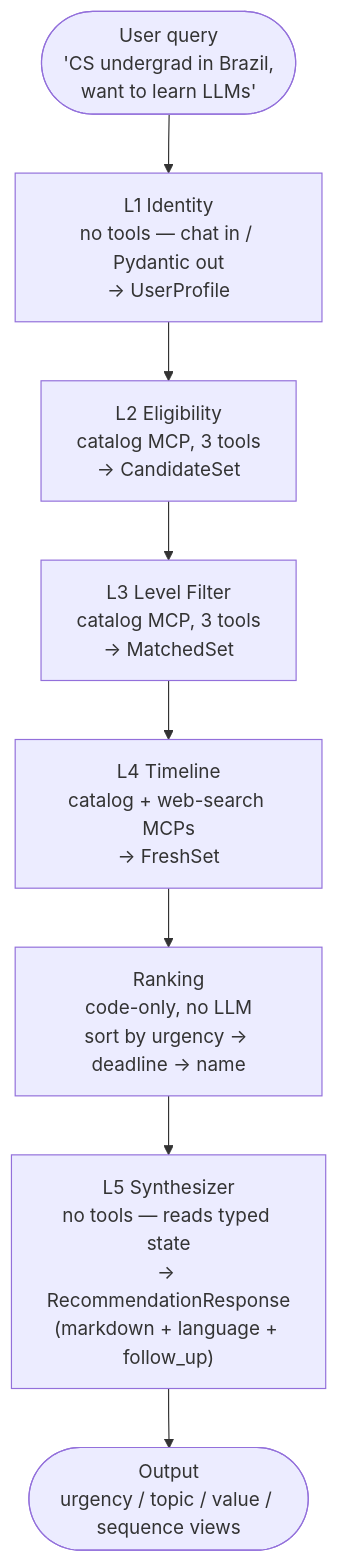
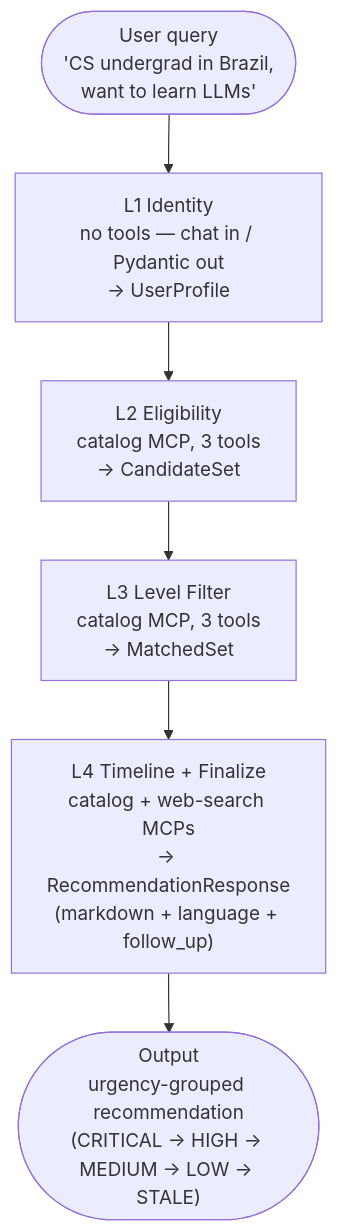
Before and after one commit to kannch8765/lumi: the first of 2 diagrams in ARCHITECTURE.md, drawn with Mermaid. The commit also changed other lines of this file and 17 other files, not shown here.

First line of the commit message:
refactor(pipeline): drop timeline_ranker + L5 Synthesizer, L4 emits RecommendationResponse directly

````diff
--- a/ARCHITECTURE.md
+++ b/ARCHITECTURE.md
@@ -81,13 +63,11 @@
 ```mermaid
 flowchart TD
     User(["User query<br/>'CS undergrad in Brazil,<br/>want to learn LLMs'"])
     L1["L1 Identity<br/>no tools — chat in / Pydantic out<br/>→ UserProfile"]
     L2["L2 Eligibility<br/>catalog MCP, 3 tools<br/>→ CandidateSet"]
     L3["L3 Level Filter<br/>catalog MCP, 3 tools<br/>→ MatchedSet"]
-    L4["L4 Timeline<br/>catalog + web-search MCPs<br/>→ FreshSet"]
-    Rank["Ranking<br/>code-only, no LLM<br/>sort by urgency → deadline → name"]
-    L5["L5 Synthesizer<br/>no tools — reads typed state<br/>→ RecommendationResponse<br/>(markdown + language + follow_up)"]
-    Output(["Output<br/>urgency / topic / value / sequence views"])
+    L4["L4 Timeline + Finalize<br/>catalog + web-search MCPs<br/>→ RecommendationResponse<br/>(markdown + language + follow_up)"]
+    Output(["Output<br/>urgency-grouped recommendation<br/>(CRITICAL → HIGH → MEDIUM → LOW → STALE)"])
 
-    User --> L1 --> L2 --> L3 --> L4 --> Rank --> L5 --> Output
+    User --> L1 --> L2 --> L3 --> L4 --> Output
 ```
````
